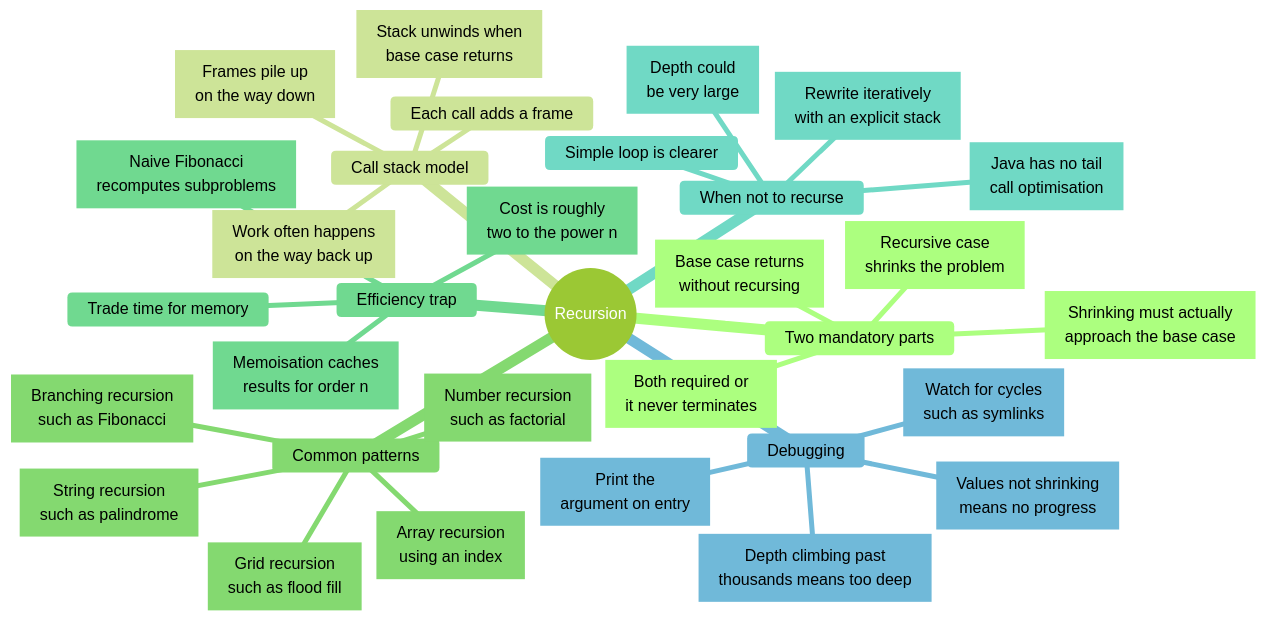
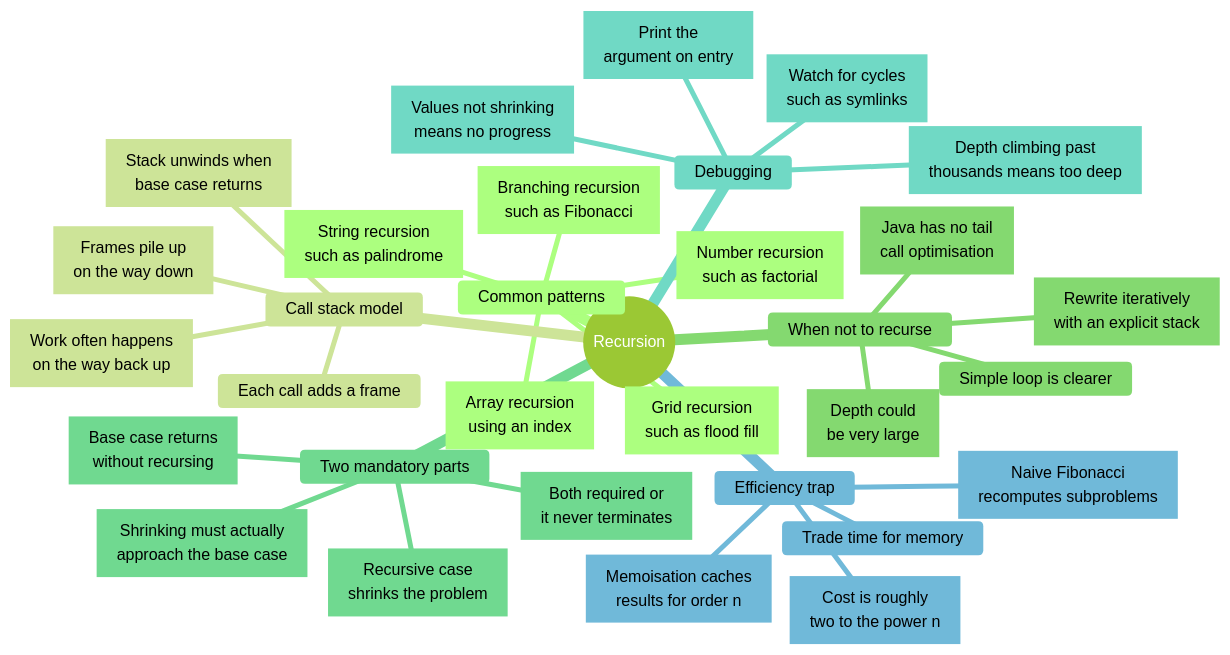
The third of 10 diagrams in notes/shared/mind maps/revision_t00_t09.md (nmcguinness/L8-OOP-Module-Content), drawn with Mermaid before and after one commit. The commit also changed other lines of this file and 4 other files, not shown here.

Commit message:
fixed mindmap label truncation and added admonitions test

````diff
--- a/notes/shared/mind maps/revision_t00_t09.md
+++ b/notes/shared/mind maps/revision_t00_t09.md
@@ -304,67 +304,67 @@
 ```mermaid
 ---
 title: "Recursion"
 accDescr: "Mind map of Recursion. Branches: Two mandatory parts; Call stack model; Common patterns; Efficiency trap; When not to recurse; Debugging."
 ---
 %%{init: { "theme": "forest", "markdownAutoWrap": false, "mindmap": { "maxNodeWidth": 300 } }}%%
 mindmap
   root((Recursion))
-    Two mandatory parts
-      n1["`Base case returns
-      without recursing`"]
-      n2["`Recursive case
-      shrinks the problem`"]
-      n3["`Both required or
-      it never terminates`"]
-      n4["`Shrinking must actually
-      approach the base case`"]
-
-    Call stack model
-      Each call adds a frame
-      n5["`Frames pile up
-      on the way down`"]
-      n6["`Work often happens
-      on the way back up`"]
-      n7["`Stack unwinds when
-      base case returns`"]
-
     Common patterns
       n8["`Number recursion
       such as factorial`"]
       n9["`Array recursion
       using an index`"]
       n10["`String recursion
       such as palindrome`"]
       n11["`Branching recursion
       such as Fibonacci`"]
       n12["`Grid recursion
       such as flood fill`"]
 
-    Efficiency trap
-      n13["`Naive Fibonacci
-      recomputes subproblems`"]
-      n14["`Cost is roughly
-      two to the power n`"]
-      n15["`Memoisation caches
-      results for order n`"]
-      Trade time for memory
+    Call stack model
+      Each call adds a frame
+      n5["`Frames pile up
+      on the way down`"]
+      n6["`Work often happens
+      on the way back up`"]
+      n7["`Stack unwinds when
+      base case returns`"]
 
     When not to recurse
       n16["`Depth could
       be very large`"]
       n17["`Java has no tail
       call optimisation`"]
       Simple loop is clearer
       n18["`Rewrite iteratively
       with an explicit stack`"]
 
+    Two mandatory parts
+      n1["`Base case returns
+      without recursing`"]
+      n2["`Recursive case
+      shrinks the problem`"]
+      n3["`Both required or
+      it never terminates`"]
+      n4["`Shrinking must actually
+      approach the base case`"]
+
     Debugging
       n19["`Print the
       argument on entry`"]
       n20["`Values not shrinking
       means no progress`"]
       n21["`Depth climbing past
       thousands means too deep`"]
       n22["`Watch for cycles
       such as symlinks`"]
+
+    Efficiency trap
+      n13["`Naive Fibonacci
+      recomputes subproblems`"]
+      n14["`Cost is roughly
+      two to the power n`"]
+      n15["`Memoisation caches
+      results for order n`"]
+      Trade time for memory
 ```
````
